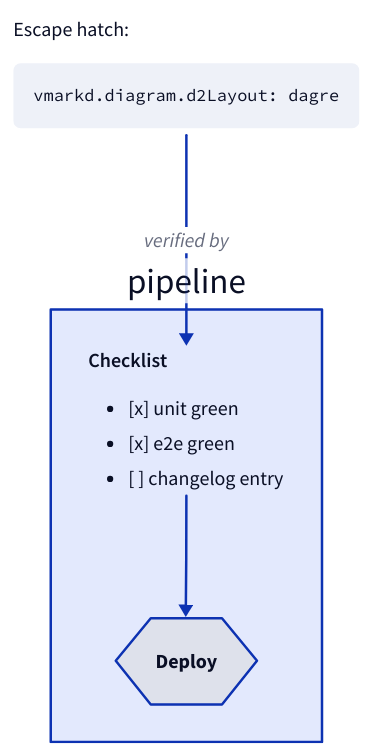
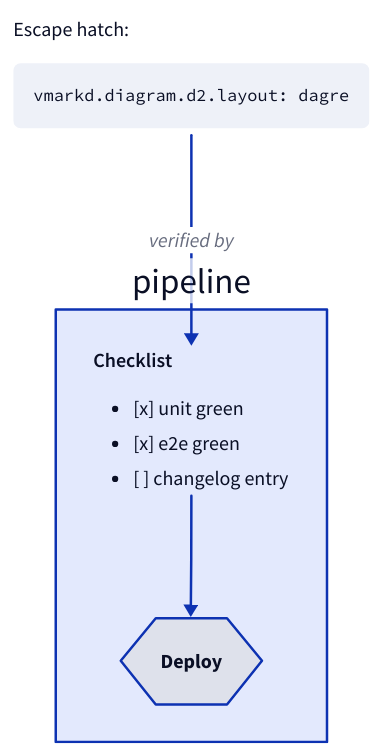
One commit to laicasaane/vmarkd-visual-markdown-editor changed diagram 17 of 17 in test/vscode-e2e/fixtures/all-renderers.md. Above: the diagram before and after it, drawn with D2. The commit also changed other lines of this file and 54 other files, not shown here.

````diff
--- a/test/vscode-e2e/fixtures/all-renderers.md
+++ b/test/vscode-e2e/fixtures/all-renderers.md
@@ -696,18 +696,18 @@
 ```d2
 pipeline: {
   checklist: |md
     #### Checklist
     - [x] unit green
     - [x] e2e green
     - [ ] changelog entry
   |
   deploy: Deploy {shape: hexagon}
   checklist -> deploy
 }
 snippet: |md
   Escape hatch:
 
-      vmarkd.diagram.d2Layout: dagre
+      vmarkd.diagram.d2.layout: dagre
 |
 snippet -> pipeline.checklist: verified by
 ```
````
